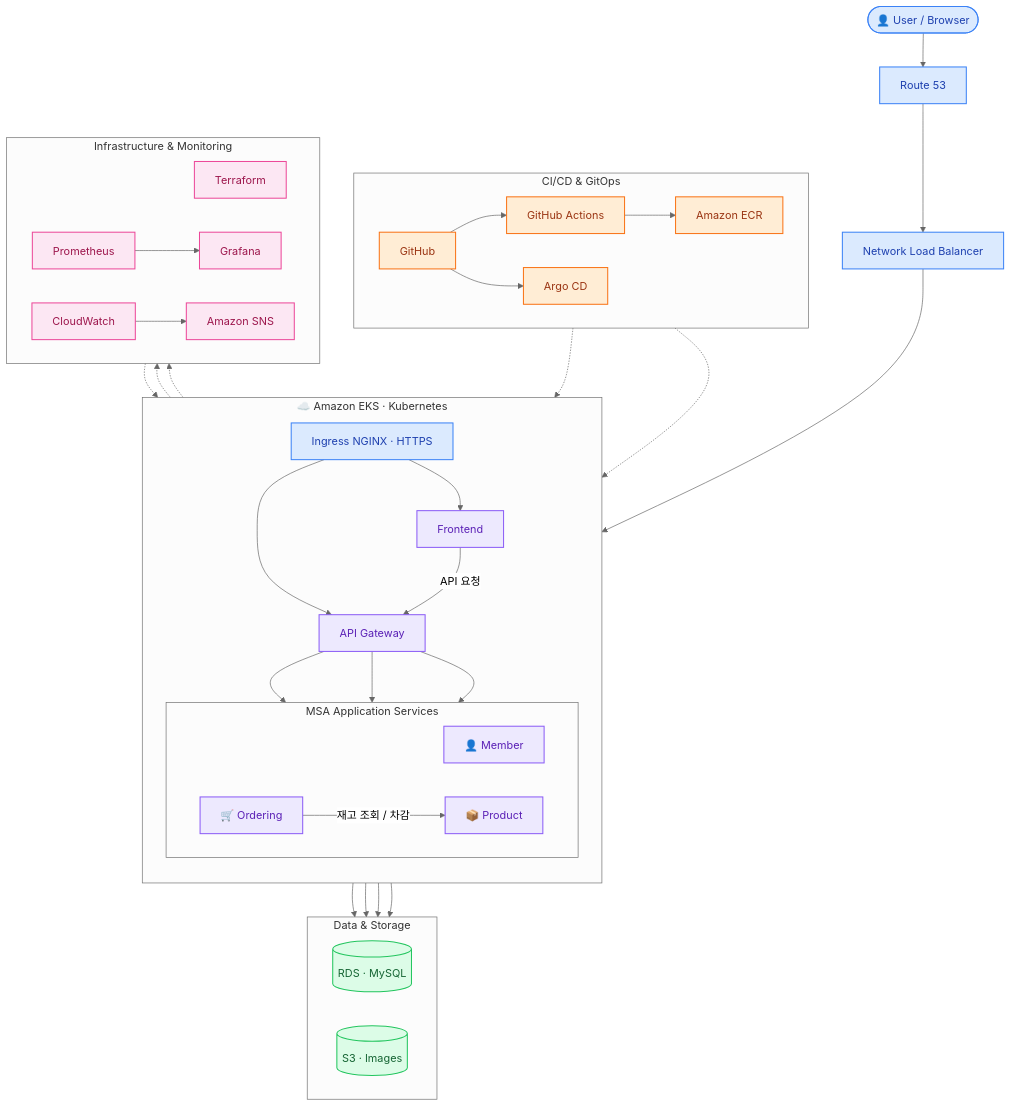
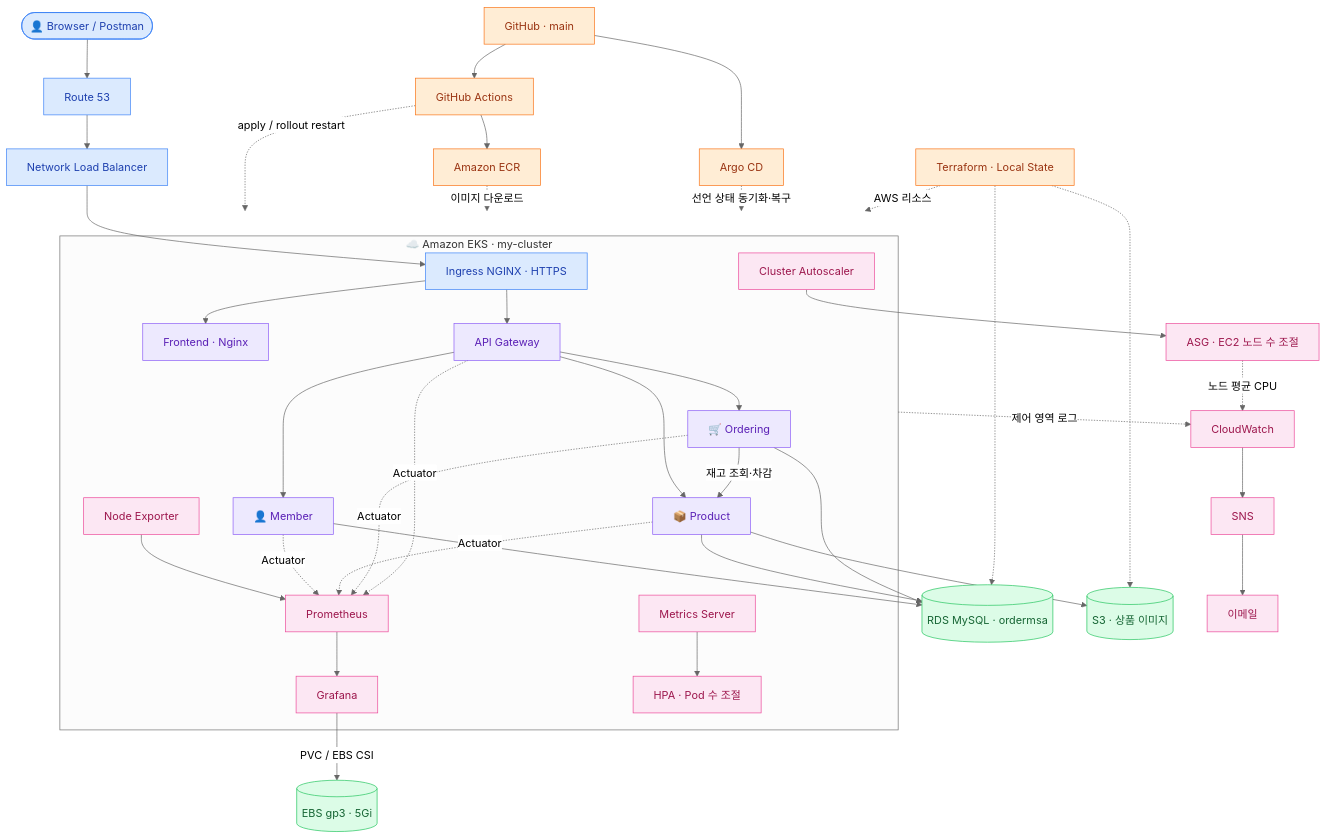
Before and after one commit to yjeee-ghub/deployshop: the first of 3 diagrams in README.md, drawn with Mermaid (neutral theme). The commit also changed other lines of this file and 57 other files, not shown here.

````diff
--- a/README.md
+++ b/README.md
@@ -65,81 +32,46 @@
 ```mermaid
 flowchart TB
-    USER(["👤 User / Browser"])
-    DNS["Route 53"]
-    NLB["Network Load Balancer"]
-    ING["Ingress NGINX · HTTPS"]
-
-    USER --> DNS --> NLB --> ING
-
-    subgraph EKS["☁️ Amazon EKS · Kubernetes"]
-        direction TB
-        FRONT["Frontend"]
-        GW["API Gateway"]
-
-        subgraph SERVICES["MSA Application Services"]
-            direction LR
-            MEMBER["👤 Member"]
-            PRODUCT["📦 Product"]
-            ORDER["🛒 Ordering"]
-        end
-
-        ING --> FRONT
-        ING --> GW
-        FRONT -->|"API 요청"| GW
-
-        GW --> MEMBER
-        GW --> PRODUCT
-        GW --> ORDER
-        ORDER -->|"재고 조회 / 차감"| PRODUCT
+    USER(["👤 Browser / Postman"]) --> DNS["Route 53"] --> NLB["Network Load Balancer"] --> ING["Ingress NGINX · HTTPS"]
+    subgraph EKS["☁️ Amazon EKS · my-cluster"]
+        ING --> FRONT["Frontend · Nginx"]
+        ING --> GW["API Gateway"]
+        GW --> MEMBER["👤 Member"]
+        GW --> PRODUCT["📦 Product"]
+        GW --> ORDER["🛒 Ordering"]
+        ORDER -->|"재고 조회·차감"| PRODUCT
+        EXPORTER["Node Exporter"] --> PROM["Prometheus"]
+        MEMBER -.->|"Actuator"| PROM
+        PRODUCT -.->|"Actuator"| PROM
+        ORDER -.->|"Actuator"| PROM
+        GW -.->|"Actuator"| PROM
+        PROM --> GRAF["Grafana"]
+        MS["Metrics Server"] --> HPA["HPA · Pod 수 조절"]
+        CA["Cluster Autoscaler"]
     end
-
-    subgraph DATA["Data & Storage"]
-        direction LR
-        RDS[("RDS · MySQL")]
-        S3[("S3 · Images")]
-    end
-
-    MEMBER --> RDS
+    MEMBER --> RDS[("RDS MySQL · ordermsa")]
     PRODUCT --> RDS
     ORDER --> RDS
-    PRODUCT --> S3
-
-    subgraph PIPELINE["CI/CD & GitOps"]
-        direction LR
-        GIT["GitHub"]
-        ACTIONS["GitHub Actions"]
-        ECR["Amazon ECR"]
-        ARGO["Argo CD"]
-        GIT --> ACTIONS --> ECR
-        GIT --> ARGO
-    end
-
-    subgraph OPERATIONS["Infrastructure & Monitoring"]
-        direction LR
-        TF["Terraform"]
-        PROM["Prometheus"]
-        GRAF["Grafana"]
-        CW["CloudWatch"]
-        SNS["Amazon SNS"]
-        PROM --> GRAF
-        CW --> SNS
-    end
-
-    ECR -.-> EKS
-    ARGO -.-> EKS
-    TF -.-> EKS
-    EKS -.-> PROM
-    EKS -.-> CW
-
-    classDef network fill:#dbeafe,stroke:#3b82f6,color:#1e40af,stroke-width:1.5px
-    classDef app fill:#ede9fe,stroke:#8b5cf6,color:#5b21b6,stroke-width:1.5px
-    classDef storage fill:#dcfce7,stroke:#22c55e,color:#166534,stroke-width:1.5px
-    classDef pipeline fill:#ffedd5,stroke:#f97316,color:#9a3412,stroke-width:1.5px
-    classDef monitor fill:#fce7f3,stroke:#ec4899,color:#9d174d,stroke-width:1.5px
-
+    PRODUCT --> S3[("S3 · 상품 이미지")]
+    GRAF -->|"PVC / EBS CSI"| EBS[("EBS gp3 · 5Gi")]
+    CA --> ASG["ASG · EC2 노드 수 조절"]
+    GIT["GitHub · main"] --> ACTIONS["GitHub Actions"] --> ECR["Amazon ECR"]
+    ACTIONS -.->|"apply / rollout restart"| EKS
+    ECR -.->|"이미지 다운로드"| EKS
+    GIT --> ARGO["Argo CD"] -.->|"선언 상태 동기화·복구"| EKS
+    TF["Terraform · Local State"] -.->|"AWS 리소스"| EKS
+    TF -.-> RDS
+    TF -.-> S3
+    EKS -.->|"제어 영역 로그"| CW["CloudWatch"]
+    ASG -.->|"노드 평균 CPU"| CW
+    CW --> SNS["SNS"] --> MAIL["이메일"]
+    classDef network fill:#dbeafe,stroke:#3b82f6,color:#1e40af
+    classDef app fill:#ede9fe,stroke:#8b5cf6,color:#5b21b6
+    classDef storage fill:#dcfce7,stroke:#22c55e,color:#166534
+    classDef delivery fill:#ffedd5,stroke:#f97316,color:#9a3412
+    classDef monitor fill:#fce7f3,stroke:#ec4899,color:#9d174d
     class USER,DNS,NLB,ING network
     class FRONT,GW,MEMBER,PRODUCT,ORDER app
-    class RDS,S3 storage
-    class GIT,ACTIONS,ECR,ARGO pipeline
-    class TF,PROM,GRAF,CW,SNS monitor
+    class RDS,S3,EBS storage
+    class GIT,ACTIONS,ECR,ARGO,TF delivery
+    class EXPORTER,PROM,GRAF,MS,HPA,CA,CW,SNS,MAIL,ASG monitor
 ```
````
